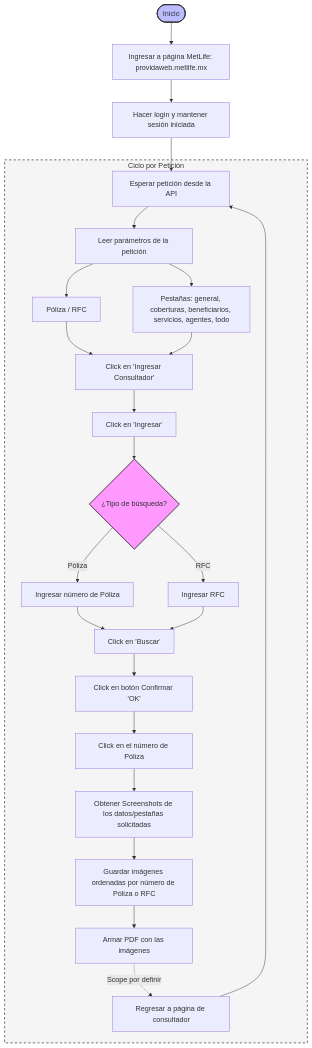
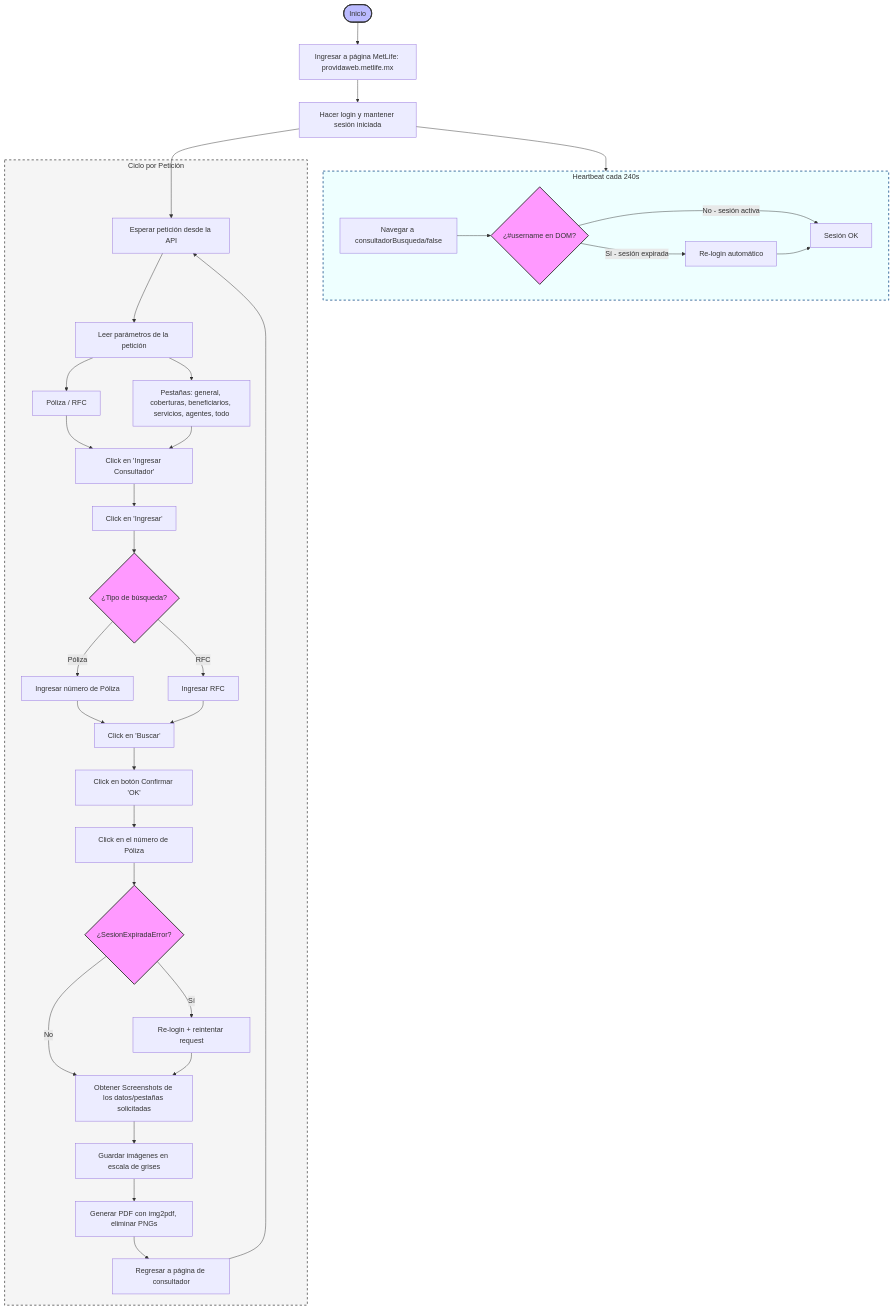
One commit to sistemaskc/hermes2 changed the diagram in Diagrama_Proceso.md. Above: the diagram before and after it, drawn with Mermaid. The commit also changed 2 other files, not shown here.

Commit message:
docs: update diagrams and README for session recovery behavior
- README.md: add session recovery section explaining heartbeat idle
  detection and mid-request auto-retry transparently to client.
- Diagrama_Secuencia.md: add heartbeat loop with DOM check (#username)
  and mid-request SesionExpiradaError recovery path.
- Diagrama_Proceso.md: add Heartbeat subgraph and recovery node in
  request cycle. Remove "Scope por definir" note on PDF generation.

````diff
--- a/Diagrama_Proceso.md
+++ b/Diagrama_Proceso.md
@@ -3,41 +3,56 @@
 ```mermaid
 flowchart TD
     Start([Inicio]) --> Init[Ingresar a página MetLife: providaweb.metlife.mx]
     Init --> Login[Hacer login y mantener sesión iniciada]
-    
-    Login --> API
-    
+
+    Login --> Heartbeat & API
+
+    subgraph Heartbeat [Heartbeat cada 240s]
+        HB[Navegar a consultadorBusqueda/false] --> CheckDOM{¿#username en DOM?}
+        CheckDOM -->|Sí - sesión expirada| ReLogin[Re-login automático]
+        CheckDOM -->|No - sesión activa| HBOk[Sesión OK]
+        ReLogin --> HBOk
+    end
+
     subgraph CicloPeticion [Ciclo por Petición]
         API[Esperar petición desde la API] --> Params[Leer parámetros de la petición]
-        
+
         Params --> ParamPoliza[Póliza / RFC]
         Params --> ParamPestanas[Pestañas: general, coberturas, beneficiarios, servicios, agentes, todo]
-        
+
         ParamPoliza --> ClickConsultador[Click en 'Ingresar Consultador']
         ParamPestanas --> ClickConsultador
-        
+
         ClickConsultador --> ClickIngresar[Click en 'Ingresar']
-        
+
         ClickIngresar --> DecisionBuscar{¿Tipo de búsqueda?}
         DecisionBuscar -->|Póliza| InputPoliza[Ingresar número de Póliza]
         DecisionBuscar -->|RFC| InputRFC[Ingresar RFC]
-        
+
         InputPoliza --> ClickBuscar[Click en 'Buscar']
         InputRFC --> ClickBuscar
-        
+
         ClickBuscar --> ClickConfirmar[Click en botón Confirmar 'OK']
         ClickConfirmar --> ClickNumPoliza[Click en el número de Póliza]
-        
-        ClickNumPoliza --> Screenshots[Obtener Screenshots de los datos/pestañas solicitadas]
-        Screenshots --> Guardar[Guardar imágenes ordenadas por número de Póliza o RFC]
-        
-        Guardar --> PDF[Armar PDF con las imágenes]
-        PDF -.->|Scope por definir| Regresar[Regresar a página de consultador]
+
+        ClickNumPoliza --> CheckSesion{¿SesionExpiradaError?}
+        CheckSesion -->|Sí| ReLoginMid[Re-login + reintentar request]
+        CheckSesion -->|No| Screenshots
+        ReLoginMid --> Screenshots
+
+        Screenshots[Obtener Screenshots de los datos/pestañas solicitadas]
+        Screenshots --> Guardar[Guardar imágenes en escala de grises]
+
+        Guardar --> PDF[Generar PDF con img2pdf, eliminar PNGs]
+        PDF --> Regresar[Regresar a página de consultador]
     end
-    
+
     Regresar --> API
-    
+
     style DecisionBuscar fill:#f9f,stroke:#333,stroke-width:2px
+    style CheckDOM fill:#f9f,stroke:#333,stroke-width:2px
+    style CheckSesion fill:#f9f,stroke:#333,stroke-width:2px
     style Start fill:#bbf,stroke:#333,stroke-width:2px
     style CicloPeticion fill:#f5f5f5,stroke:#666,stroke-width:2px,stroke-dasharray: 5 5
+    style Heartbeat fill:#eff,stroke:#369,stroke-width:2px,stroke-dasharray: 5 5
 ```
````
